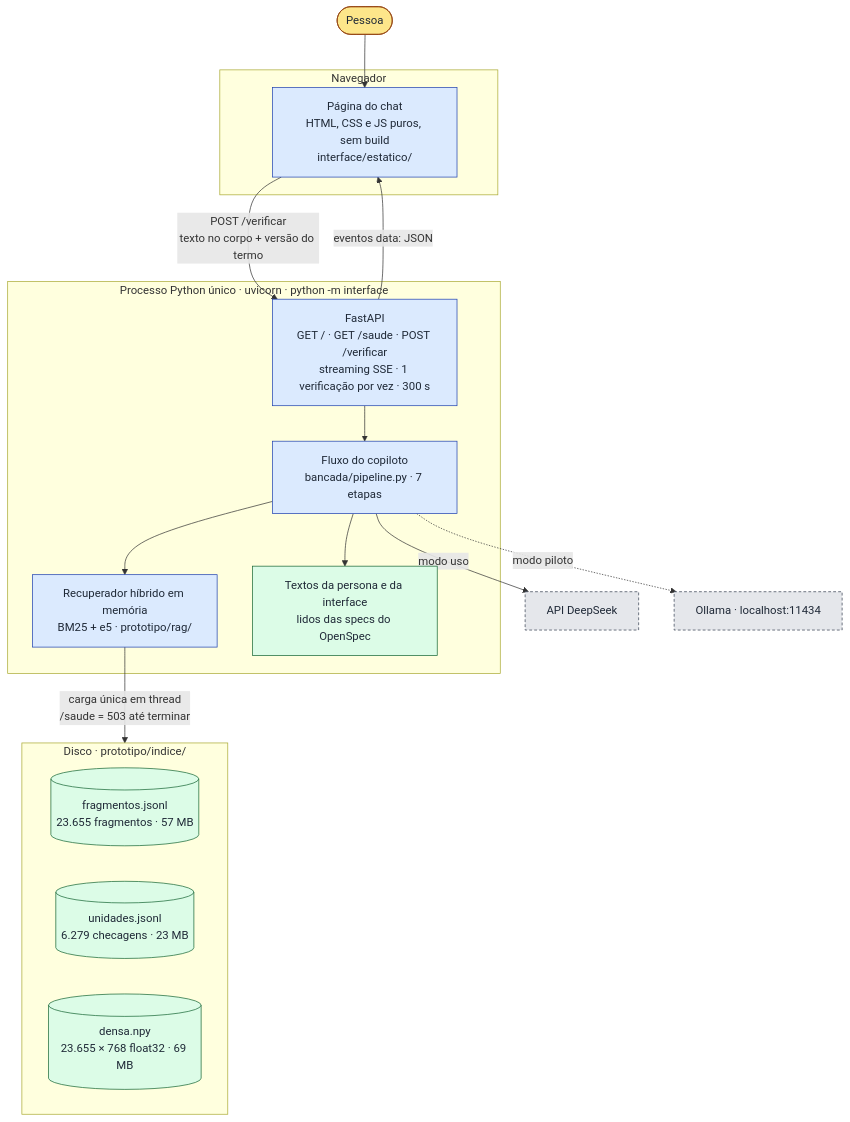
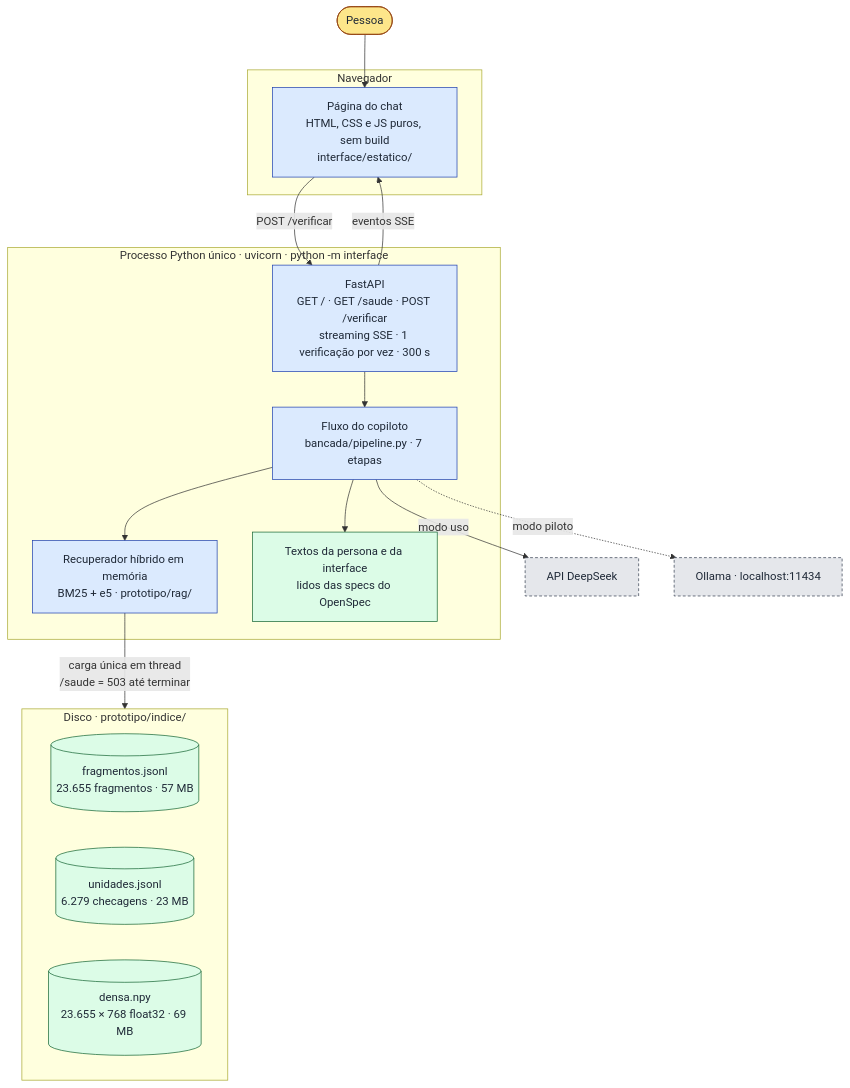
One commit to grupo04-challenge01/challenge1_fakenews_g04 changed the third of 11 diagrams in docs/arquitetura.md. Above: the diagram before and after it, drawn with Mermaid.

Commit message:
Desembaraça os rótulos do diagrama de contêineres

````diff
--- a/docs/arquitetura.md
+++ b/docs/arquitetura.md
@@ -64,39 +64,40 @@
 ```mermaid
 flowchart TB
     pessoa([Pessoa]):::pessoa
 
     subgraph nav["Navegador"]
         pagina["Página do chat<br/>HTML, CSS e JS puros, sem build<br/>interface/estatico/"]:::nosso
     end
 
     subgraph proc["Processo Python único · uvicorn · python -m interface"]
         api["FastAPI<br/>GET / · GET /saude · POST /verificar<br/>streaming SSE · 1 verificação por vez · 300 s"]:::nosso
         fluxo["Fluxo do copiloto<br/>bancada/pipeline.py · 7 etapas"]:::nosso
         rec["Recuperador híbrido em memória<br/>BM25 + e5 · prototipo/rag/"]:::nosso
         textos["Textos da persona e da interface<br/>lidos das specs do OpenSpec"]:::dado
     end
 
     subgraph disco["Disco · prototipo/indice/"]
+        direction LR
         frag[("fragmentos.jsonl<br/>23.655 fragmentos · 57 MB")]:::dado
         unid[("unidades.jsonl<br/>6.279 checagens · 23 MB")]:::dado
         densa[("densa.npy<br/>23.655 × 768 float32 · 69 MB")]:::dado
     end
 
     deepseek["API DeepSeek"]:::externo
     ollama["Ollama · localhost:11434"]:::externo
 
     pessoa --> pagina
-    pagina -- "POST /verificar<br/>texto no corpo + versão do termo" --> api
-    api -- "eventos data: JSON" --> pagina
+    pagina -- "POST /verificar" --> api
+    api -- "eventos SSE" --> pagina
     api --> fluxo
     fluxo --> rec
     fluxo --> textos
     rec -- "carga única em thread<br/>/saude = 503 até terminar" --> disco
     fluxo -- "modo uso" --> deepseek
     fluxo -. "modo piloto" .-> ollama
 
     classDef pessoa fill:#fde68a,stroke:#92400e,color:#1f2937
     classDef nosso fill:#dbeafe,stroke:#1e40af,color:#1f2937
     classDef externo fill:#e5e7eb,stroke:#374151,color:#1f2937,stroke-dasharray:4 3
     classDef dado fill:#dcfce7,stroke:#166534,color:#1f2937
 ```
````
